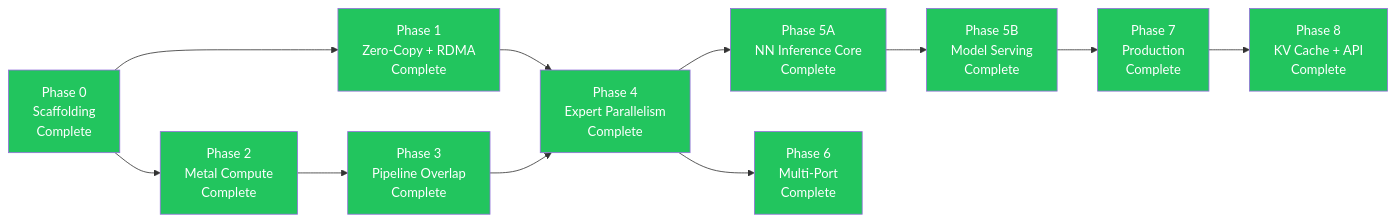
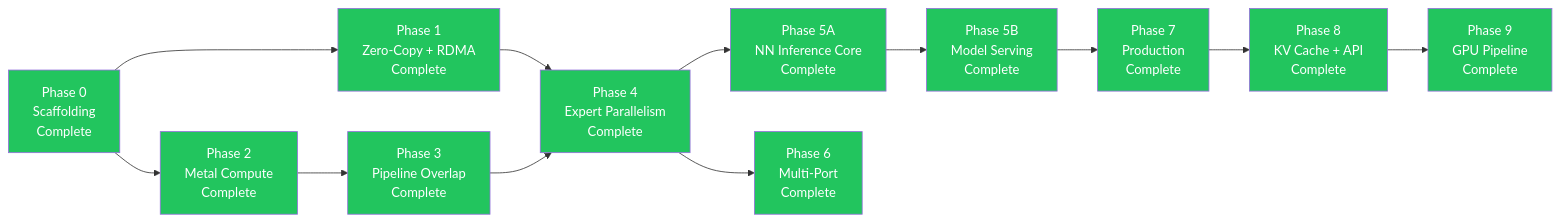
The diagram in docs/roadmap/phases.md (0xDaizz/RMLX), drawn with Mermaid before and after one commit. The commit also changed other lines of this file and 23 other files, not shown here.

First line of the commit message:
docs: comprehensive documentation overhaul for Phase 9 GPU Pipeline (#6)

````diff
--- a/docs/roadmap/phases.md
+++ b/docs/roadmap/phases.md
@@ -51,35 +55,38 @@
 ```mermaid
 graph LR
     P0["Phase 0<br/>Scaffolding<br/>Complete"]
     P1["Phase 1<br/>Zero-Copy + RDMA<br/>Complete"]
     P2["Phase 2<br/>Metal Compute<br/>Complete"]
     P3["Phase 3<br/>Pipeline Overlap<br/>Complete"]
     P4["Phase 4<br/>Expert Parallelism<br/>Complete"]
     P5A["Phase 5A<br/>NN Inference Core<br/>Complete"]
     P5B["Phase 5B<br/>Model Serving<br/>Complete"]
     P6["Phase 6<br/>Multi-Port<br/>Complete"]
     P7["Phase 7<br/>Production<br/>Complete"]
     P8["Phase 8<br/>KV Cache + API<br/>Complete"]
+    P9["Phase 9<br/>GPU Pipeline<br/>Complete"]
 
     P0 --> P1
     P0 --> P2
     P2 --> P3
     P1 --> P4
     P3 --> P4
     P4 --> P5A
     P5A --> P5B
     P4 --> P6
     P5B --> P7
     P7 --> P8
+    P8 --> P9
 
     style P0 fill:#22c55e,color:#fff
     style P1 fill:#22c55e,color:#fff
     style P2 fill:#22c55e,color:#fff
     style P3 fill:#22c55e,color:#fff
     style P4 fill:#22c55e,color:#fff
     style P5A fill:#22c55e,color:#fff
     style P5B fill:#22c55e,color:#fff
     style P6 fill:#22c55e,color:#fff
     style P7 fill:#22c55e,color:#fff
     style P8 fill:#22c55e,color:#fff
+    style P9 fill:#22c55e,color:#fff
 ```
````
